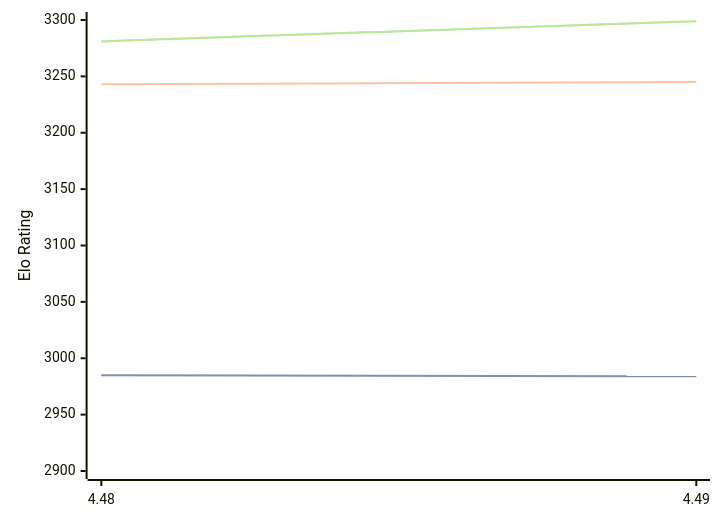
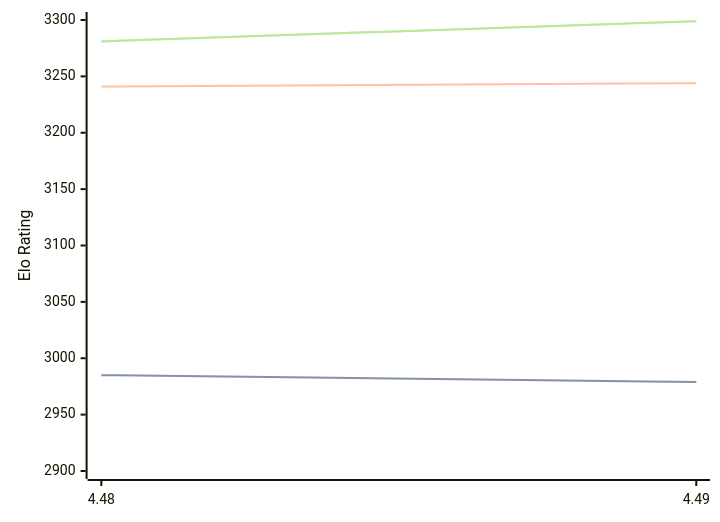
The diagram in engines/Cheng4.md (computer-chess-index/cci), drawn with Mermaid before and after one commit. The commit also changed other lines of this file, not shown here.

````diff
--- a/engines/Cheng4.md
+++ b/engines/Cheng4.md
@@ -32,11 +32,11 @@
 ```mermaid
 %%{init: {"theme":"base","themeVariables":{"seriesColors:['#a3a3a3','#222221','#faa371']}}}%%
 xychart-beta
   x-axis ["4.48", "4.49"]
   y-axis "Elo Rating" 2900 --> 3300
-  line "" [2985, 2984]
-  line "STC (8.0+0.08s)" [2985, 2984]
-  line "LTC (60.0+0.60s)" [3243, 3245]
+  line "" [2985, 2979]
+  line "STC (8.0+0.08s)" [2985, 2979]
+  line "LTC (60.0+0.60s)" [3241, 3244]
   line "" [3281, 3299]
   line "VLTC (2m24s+1.12s)" [3281, 3299]
 ```
````
